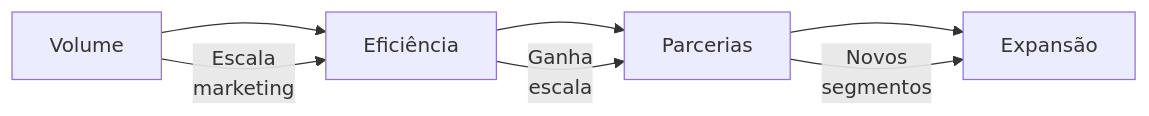
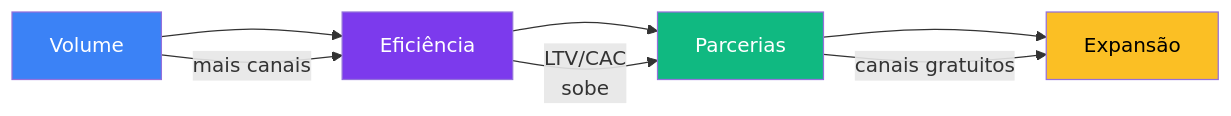
Before and after one commit to matheusmendes720/workconnect-tcc: the fifth of 9 diagrams in documentation/docs/estrategia/go-to-market.mdx, drawn with Mermaid. The commit also changed other lines of this file and 16 other files, not shown here.

````diff
--- a/documentation/docs/estrategia/go-to-market.mdx
+++ b/documentation/docs/estrategia/go-to-market.mdx
@@ -119,10 +162,15 @@
 ```mermaid
 flowchart LR
     E1[Volume] --> E2[Eficiência]
     E2 --> E3[Parcerias]
     E3 --> E4[Expansão]
-    
-    E1 -->|"Escala<br/>marketing"| E2
-    E2 -->|"Ganha<br/>escala"| E3
-    E3 -->|"Novos<br/>segmentos"| E4
+
+    E1 -->|mais canais| E2
+    E2 -->|LTV/CAC<br/>sobe| E3
+    E3 -->|canais gratuitos| E4
+
+    style E1 fill:#3b82f6,color:#fff
+    style E2 fill:#7c3aed,color:#fff
+    style E3 fill:#10b981,color:#fff
+    style E4 fill:#fbbf24,color:#000
 ```
````
